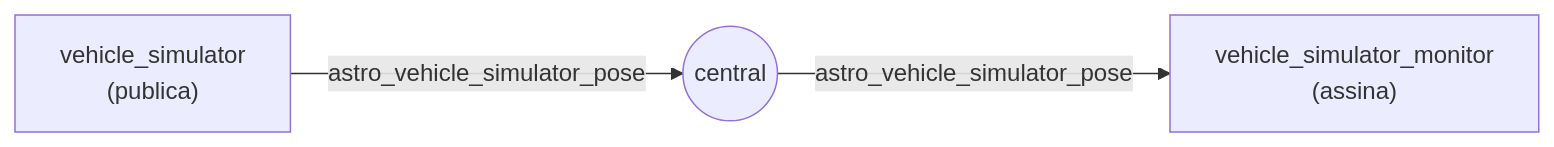
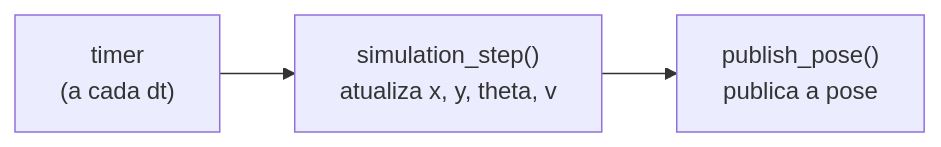
The diagram in README.md (BrenoCSilva/lume), drawn with Mermaid before and after one commit. The commit also changed other lines of this file, not shown here.

````diff
--- a/README.md
+++ b/README.md
@@ -7,5 +17,5 @@
 ```mermaid
 flowchart LR
-    P["vehicle_simulator<br/>(publica)"] -- "astro_vehicle_simulator_pose" --> C(("central"))
-    C -- "astro_vehicle_simulator_pose" --> M["vehicle_simulator_monitor<br/>(assina)"]
+    T["timer<br/>(a cada dt)"] --> S["simulation_step()<br/>atualiza x, y, theta, v"]
+    S --> P["publish_pose()<br/>publica a pose"]
 ```
````
